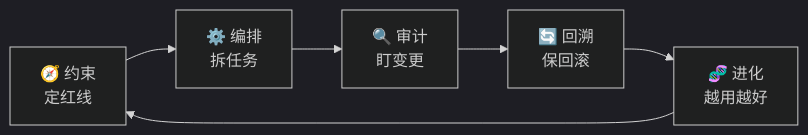
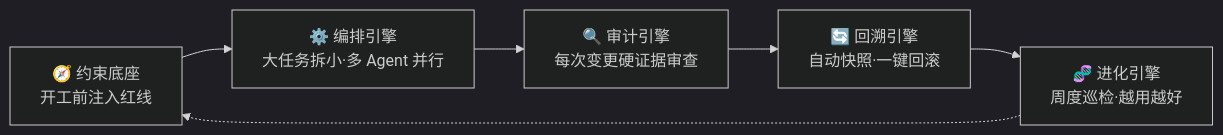
The second of 2 diagrams in README.md (KongFangXun/sofagent), drawn with Mermaid (dark theme) before and after one commit. The commit also changed other lines of this file and 1 other file, not shown here.

````diff
--- a/README.md
+++ b/README.md
@@ -296,8 +138,8 @@
 ```mermaid
 flowchart LR
-    A[🧭 约束<br/>定红线] --> B[⚙️ 编排<br/>拆任务]
-    B --> C[🔍 审计<br/>盯变更]
-    C --> D[🔄 回溯<br/>保回滚]
-    D --> E[🧬 进化<br/>越用越好]
-    E --> A
+    CB[🧭 约束底座<br/>开工前注入红线] --> OR[⚙️ 编排引擎<br/>大任务拆小·多 Agent 并行]
+    OR --> AU[🔍 审计引擎<br/>每次变更硬证据审查]
+    AU --> RE[🔄 回溯引擎<br/>自动快照·一键回滚]
+    RE --> EV[🧬 进化引擎<br/>周度巡检·越用越好]
+    EV -.-> CB
 ```
````
